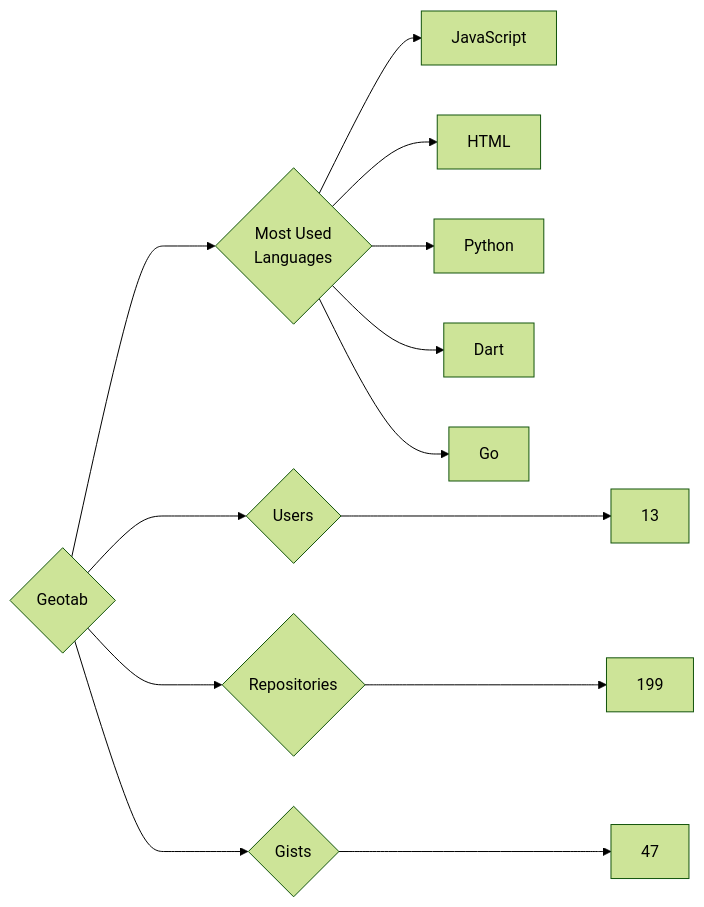
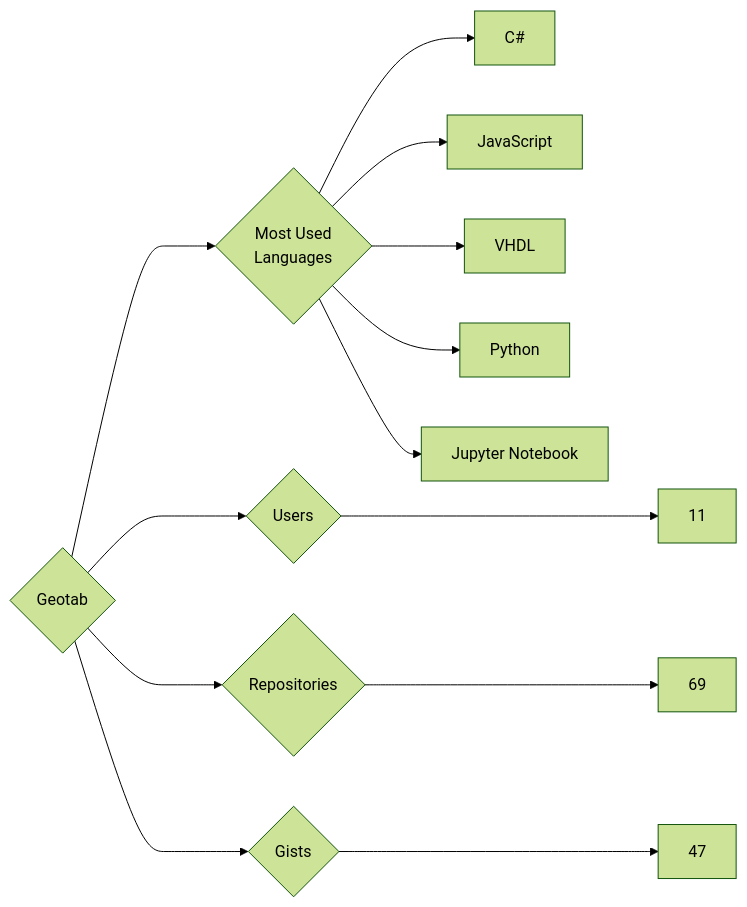
The diagram in targets/Geotab/README.md (trickest/insiders), drawn with Mermaid (forest theme) before and after one commit. The commit also changed 935 other files, not shown here.

````diff
--- a/targets/Geotab/README.md
+++ b/targets/Geotab/README.md
@@ -3,13 +3,13 @@
 ```mermaid
 graph LR
 COMPANY_NAME{Geotab}
-COMPANY_NAME ---> U{Users} ---> UN[13]
-COMPANY_NAME ---> R{Repositories} ---> RN[199]
+COMPANY_NAME ---> U{Users} ---> UN[11]
+COMPANY_NAME ---> R{Repositories} ---> RN[69]
 COMPANY_NAME ---> G{Gists} ---> GN[47]
 COMPANY_NAME ---> ML{Most Used<br>Languages}
+ML --> C#[C#]
 ML --> JavaScript[JavaScript]
-ML --> HTML[HTML]
+ML --> VHDL[VHDL]
 ML --> Python[Python]
-ML --> Dart[Dart]
-ML --> Go[Go]
+ML --> Jupyter_Notebook[Jupyter Notebook]
 ```
````
